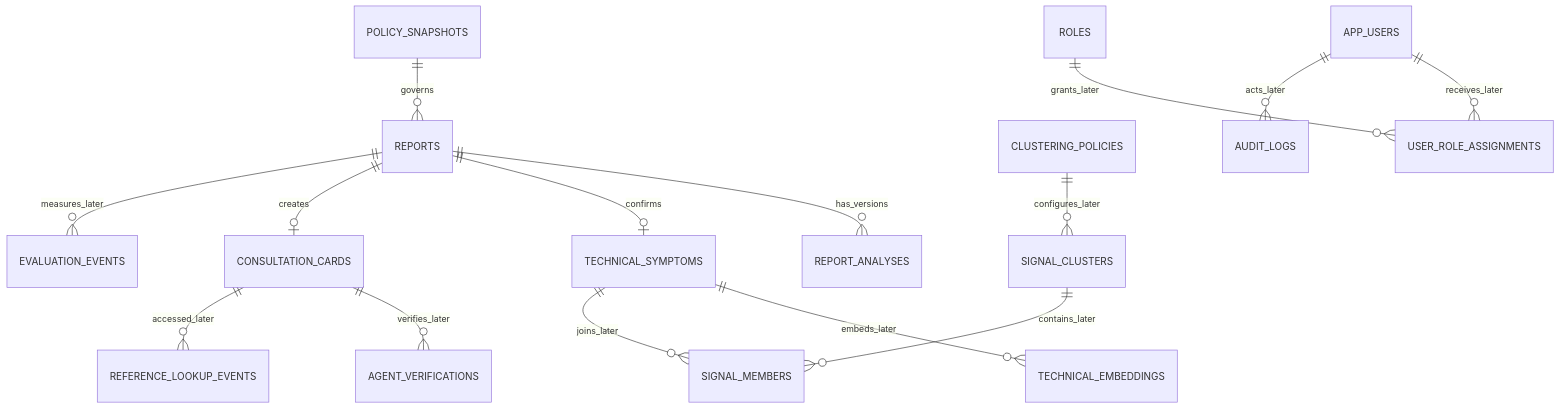
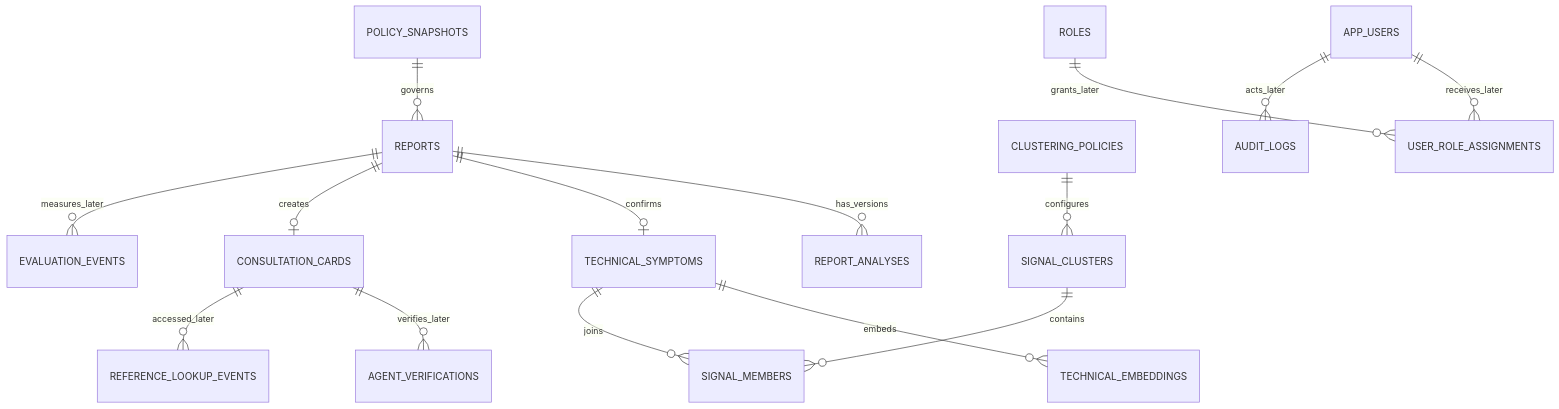
Before and after one commit to AI-Challenge-Git/AI_Challenge: the first of 2 diagrams in backend/docs/erd.md, drawn with Mermaid. The commit also changed other lines of this file and 22 other files, not shown here.

````diff
--- a/backend/docs/erd.md
+++ b/backend/docs/erd.md
@@ -5,17 +5,17 @@
 ```mermaid
 erDiagram
     POLICY_SNAPSHOTS ||--o{ REPORTS : governs
     REPORTS ||--o{ REPORT_ANALYSES : has_versions
     REPORTS ||--o| TECHNICAL_SYMPTOMS : confirms
     REPORTS ||--o| CONSULTATION_CARDS : creates
-    TECHNICAL_SYMPTOMS ||--o{ TECHNICAL_EMBEDDINGS : embeds_later
-    TECHNICAL_SYMPTOMS ||--o{ SIGNAL_MEMBERS : joins_later
-    SIGNAL_CLUSTERS ||--o{ SIGNAL_MEMBERS : contains_later
-    CLUSTERING_POLICIES ||--o{ SIGNAL_CLUSTERS : configures_later
+    TECHNICAL_SYMPTOMS ||--o{ TECHNICAL_EMBEDDINGS : embeds
+    TECHNICAL_SYMPTOMS ||--o{ SIGNAL_MEMBERS : joins
+    SIGNAL_CLUSTERS ||--o{ SIGNAL_MEMBERS : contains
+    CLUSTERING_POLICIES ||--o{ SIGNAL_CLUSTERS : configures
     CONSULTATION_CARDS ||--o{ AGENT_VERIFICATIONS : verifies_later
     CONSULTATION_CARDS ||--o{ REFERENCE_LOOKUP_EVENTS : accessed_later
     APP_USERS ||--o{ USER_ROLE_ASSIGNMENTS : receives_later
     ROLES ||--o{ USER_ROLE_ASSIGNMENTS : grants_later
     APP_USERS ||--o{ AUDIT_LOGS : acts_later
     REPORTS ||--o{ EVALUATION_EVENTS : measures_later
 ```
````
